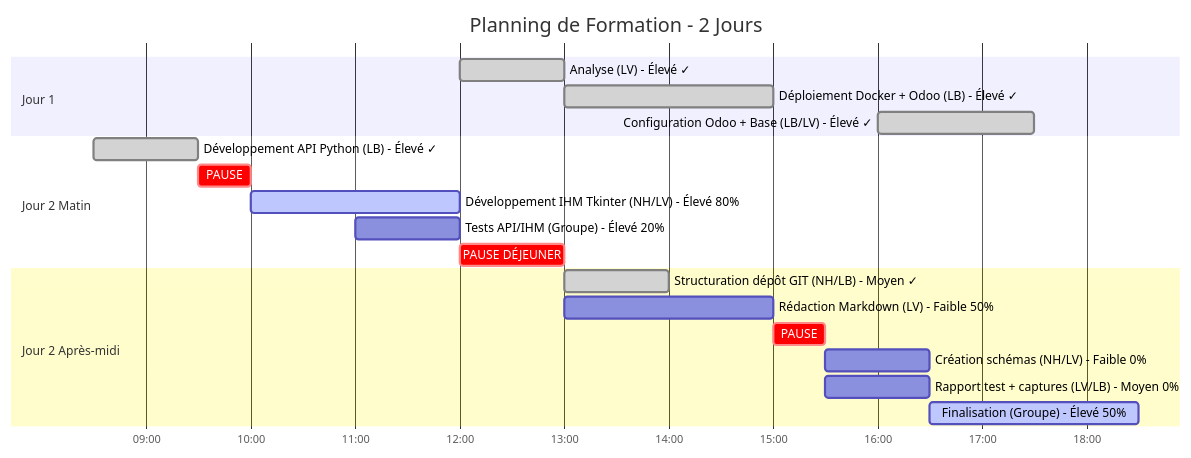
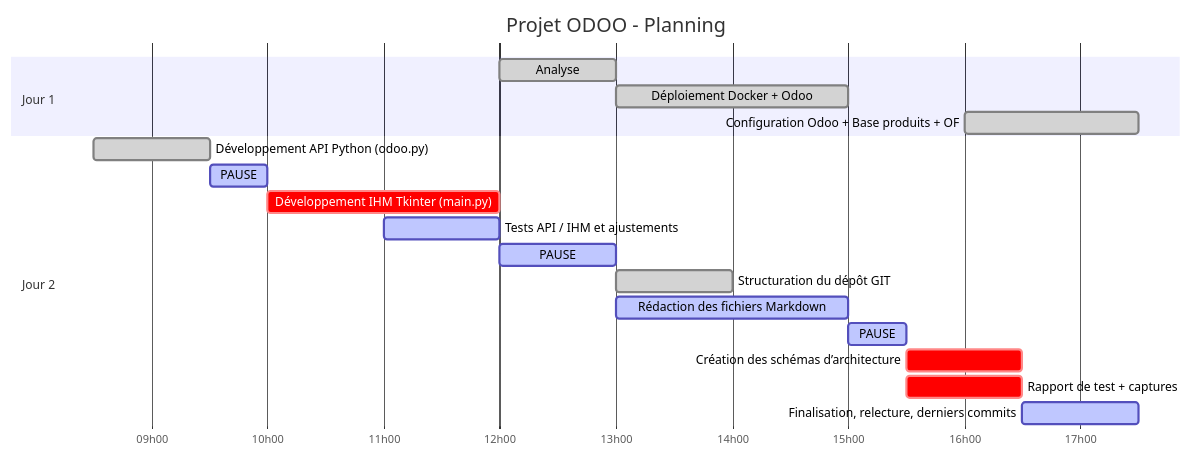
Before and after one commit to bouinloig-code/Projet-Odoo: the diagram in README.md, drawn with Mermaid.

````diff
--- a/README.md
+++ b/README.md
@@ -4,26 +4,25 @@
 ```mermaid
 gantt
-    title Planning de Formation - 2 Jours
-    dateFormat HH:mm
-    axisFormat %H:%M
+    title Projet ODOO - Planning
+    dateFormat  HH:mm
+    axisFormat  %Hh%M
 
     section Jour 1
-    Analyse (LV) - Élevé ✓           :done, j1t1, 12:00, 1h
-    Déploiement Docker + Odoo (LB) - Élevé ✓ :done, j1t2, 13:00, 2h
-    Configuration Odoo + Base (LB/LV) - Élevé ✓ :done, j1t3, 16:00, 1.5h
-    
-    section Jour 2 Matin
-    Développement API Python (LB) - Élevé ✓ :done, j2t1, 08:30, 1h
-    PAUSE                            :crit, j2p1, 09:30, 0.5h
-    Développement IHM Tkinter (NH/LV) - Élevé 80% :active, j2t2, 10:00, 2h
-    Tests API/IHM (Groupe) - Élevé 20% :j2t3, 11:00, 1h
-    PAUSE DÉJEUNER                   :crit, j2p2, 12:00, 1h
-    
-    section Jour 2 Après-midi
-    Structuration dépôt GIT (NH/LB) - Moyen ✓ :done, j2t4, 13:00, 1h
-    Rédaction Markdown (LV) - Faible 50% :j2t5, 13:00, 2h
-    PAUSE                            :crit, j2p3, 15:00, 0.5h
-    Création schémas (NH/LV) - Faible 0% :j2t6, 15:30, 1h
-    Rapport test + captures (LV/LB) - Moyen 0% :j2t7, 15:30, 1h
-    Finalisation (Groupe) - Élevé 50% :active, j2t8, 16:30, 2h
+    Analyse                          :done,    12:00, 13:00
+    Déploiement Docker + Odoo        :done,    13:00, 15:00
+    Configuration Odoo + Base produits + OF :done, 16:00, 17:30
+
+    section Jour 2
+    Développement API Python (odoo.py)       :done,    08:30, 09:30
+    PAUSE                                   :active,  09:30, 10:00
+    Développement IHM Tkinter (main.py)     :crit,    10:00, 12:00
+    Tests API / IHM et ajustements          :active,  11:00, 12:00
+    PAUSE                                   :active,  12:00, 13:00
+    Structuration du dépôt GIT              :done,    13:00, 14:00
+    Rédaction des fichiers Markdown         :active,  13:00, 15:00
+    PAUSE                                   :active,  15:00, 15:30
+    Création des schémas d’architecture     :crit,    15:30, 16:30
+    Rapport de test + captures              :crit,    15:30, 16:30
+    Finalisation, relecture, derniers commits :active, 16:30, 17:30
+
 ```
````
